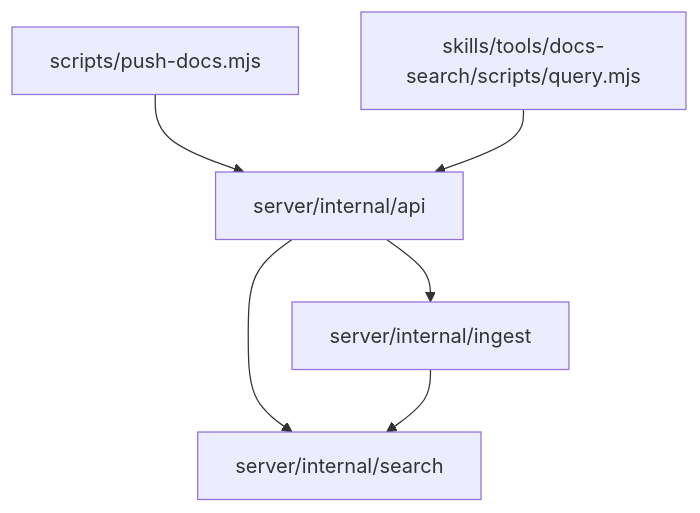
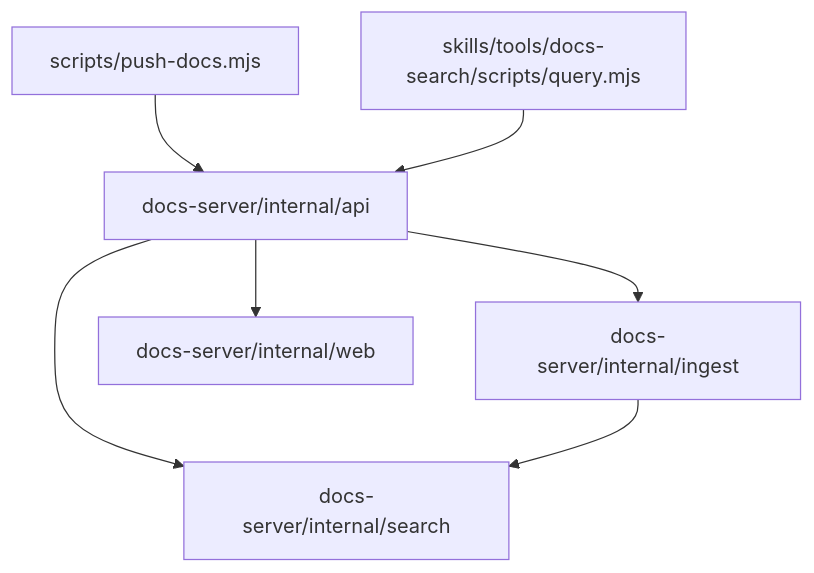
Before and after one commit to cabinet-fe/prompt-engineering: the diagram in .agents/docs/CODE-MAP.md, drawn with Mermaid. The commit also changed other lines of this file and 4 other files, not shown here.

First line of the commit message:
feat(docs-server): Web UI 渲染、高亮与页内 TOC，对齐架构文档

````diff
--- a/.agents/docs/CODE-MAP.md
+++ b/.agents/docs/CODE-MAP.md
@@ -40,8 +42,9 @@
 ```mermaid
 graph TD
-    push["scripts/push-docs.mjs"] --> api["server/internal/api"]
+    push["scripts/push-docs.mjs"] --> api["docs-server/internal/api"]
     query["skills/tools/docs-search/scripts/query.mjs"] --> api
-    api --> ingest["server/internal/ingest"]
-    api --> search["server/internal/search"]
+    api --> ingest["docs-server/internal/ingest"]
+    api --> search["docs-server/internal/search"]
+    api --> web["docs-server/internal/web"]
     ingest --> search
 ```
````
